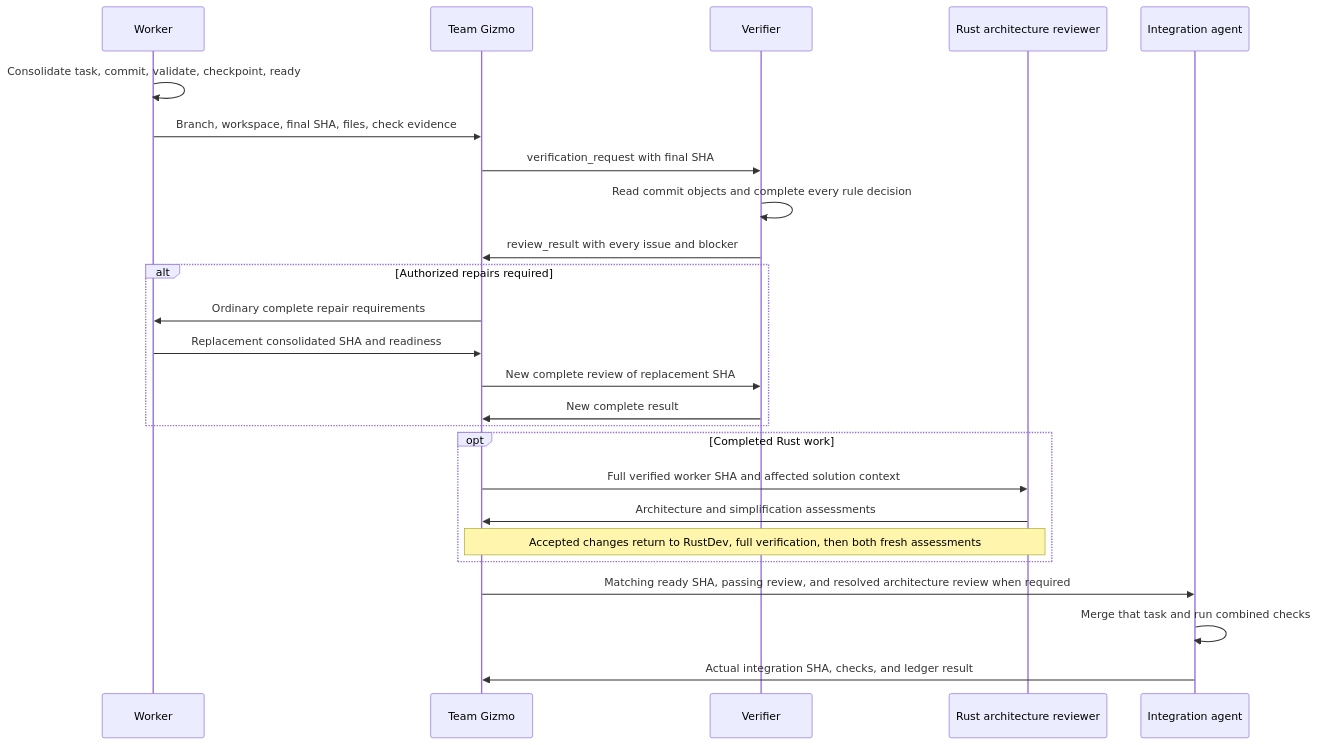
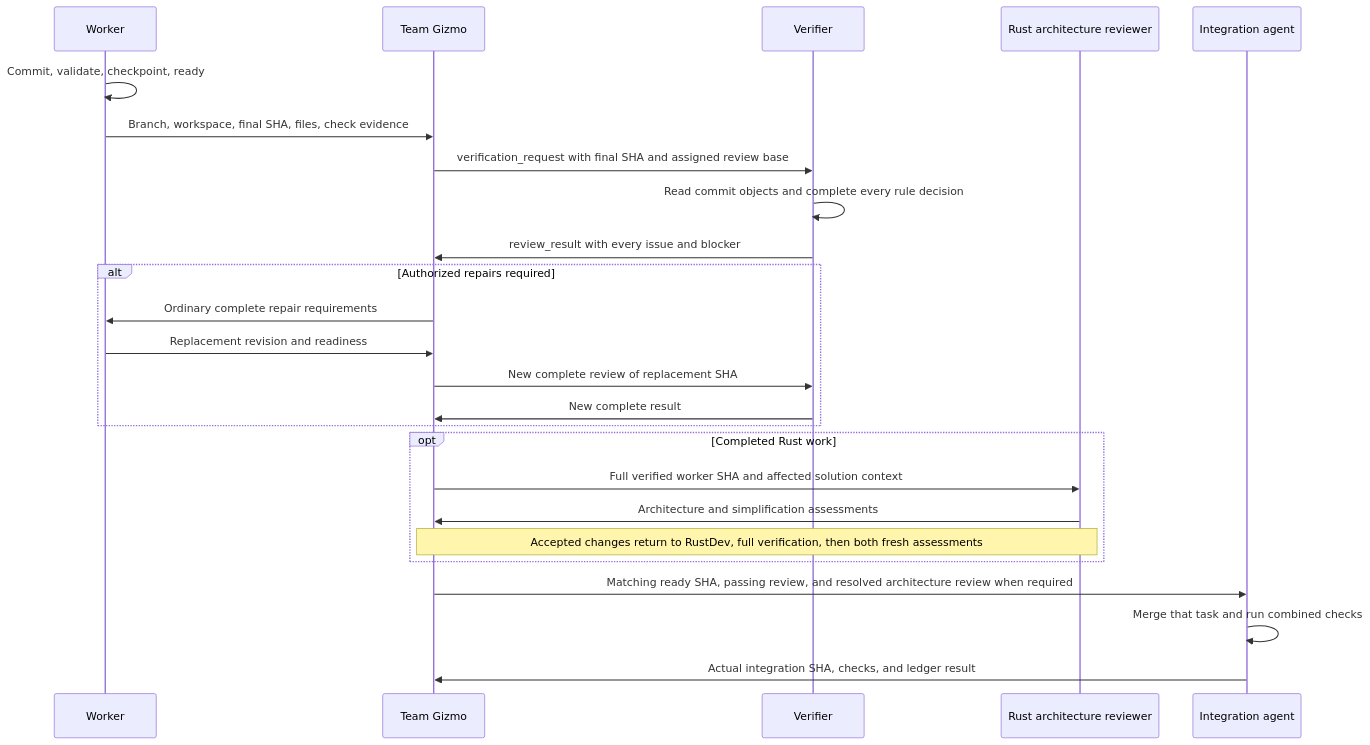
One commit to ai-ai-ai-ai-ai-ai-ai/meta-cortex changed the diagram in cortex/teams/gizmo-team/docs/agent-verification.md. Above: the diagram before and after it, drawn with Mermaid. The commit also changed other lines of this file and 35 other files, not shown here.

Commit message:
Replace local Git recipes with agent-led team architecture (#76)

````diff
--- a/cortex/teams/gizmo-team/docs/agent-verification.md
+++ b/cortex/teams/gizmo-team/docs/agent-verification.md
@@ -11,27 +11,27 @@
 ```mermaid
 sequenceDiagram
     participant D as Worker
     participant G as Team Gizmo
     participant V as Verifier
     participant A as Rust architecture reviewer
     participant I as Integration agent
-    D->>D: Consolidate task, commit, validate, checkpoint, ready
+    D->>D: Commit, validate, checkpoint, ready
     D->>G: Branch, workspace, final SHA, files, check evidence
-    G->>V: verification_request with final SHA
+    G->>V: verification_request with final SHA and assigned review base
     V->>V: Read commit objects and complete every rule decision
     V->>G: review_result with every issue and blocker
     alt Authorized repairs required
         G->>D: Ordinary complete repair requirements
-        D->>G: Replacement consolidated SHA and readiness
+        D->>G: Replacement revision and readiness
         G->>V: New complete review of replacement SHA
         V->>G: New complete result
     end
     opt Completed Rust work
         G->>A: Full verified worker SHA and affected solution context
         A->>G: Architecture and simplification assessments
         Note over G,A: Accepted changes return to RustDev, full verification, then both fresh assessments
     end
     G->>I: Matching ready SHA, passing review, and resolved architecture review when required
     I->>I: Merge that task and run combined checks
     I->>G: Actual integration SHA, checks, and ledger result
 ```
````
